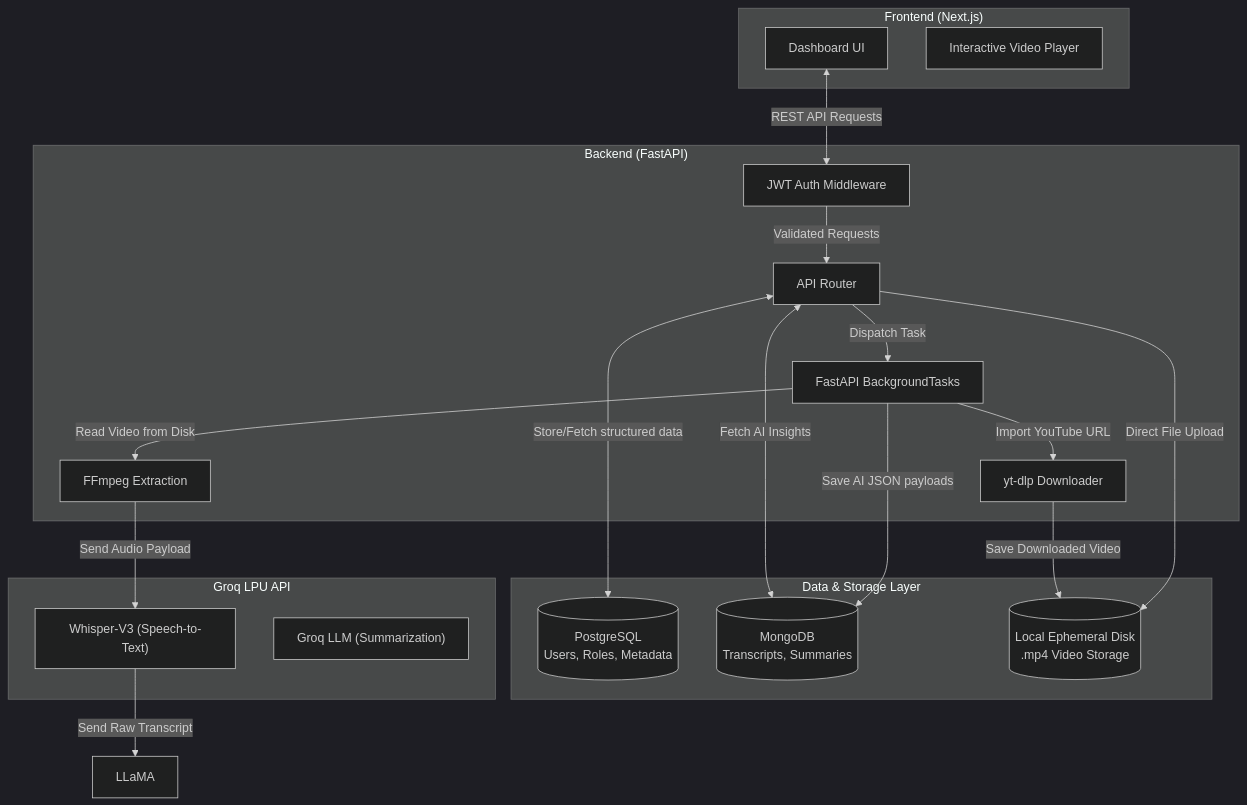
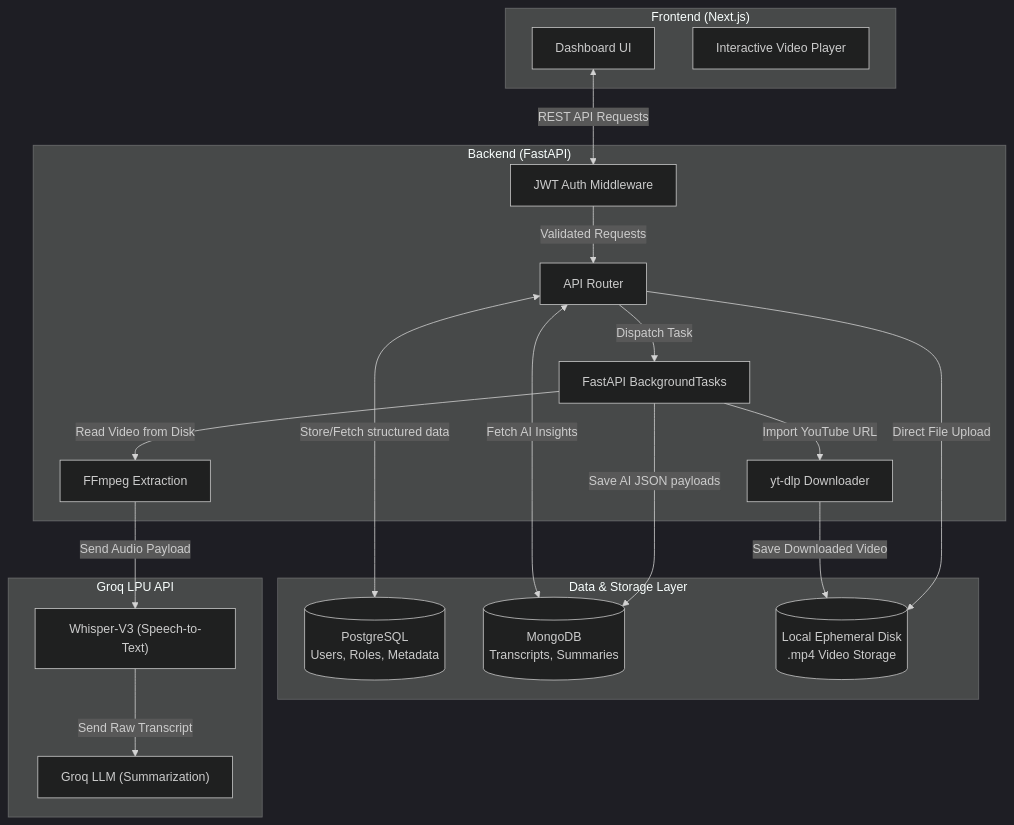
One commit to devanshi14malhotra/ClipMind-AI changed the diagram in README.md. Above: the diagram before and after it, drawn with Mermaid (dark theme).

Commit message:
Fix typo in LLaMA reference in README.md

````diff
--- a/README.md
+++ b/README.md
@@ -33,43 +33,43 @@
 ```mermaid
 graph TD
     subgraph Frontend ["Frontend (Next.js)"]
         UI["Dashboard UI"]
         Player["Interactive Video Player"]
     end
 
     subgraph Backend ["Backend (FastAPI)"]
         Auth["JWT Auth Middleware"]
         API["API Router"]
         Worker["FastAPI BackgroundTasks"]
         Audio["FFmpeg Extraction"]
         YTDLP["yt-dlp Downloader"]
     end
 
     subgraph Databases ["Data & Storage Layer"]
         SQL[("PostgreSQL<br>Users, Roles, Metadata")]
         NoSQL[("MongoDB<br>Transcripts, Summaries")]
         Disk[("Local Ephemeral Disk<br>.mp4 Video Storage")]
     end
 
     subgraph AI ["Groq LPU API"]
         Whisper["Whisper-V3 (Speech-to-Text)"]
-        LLAMA["Groq LLM (Summarization)"]
+        LLaMA["Groq LLM (Summarization)"]
     end
 
     UI <-->|REST API Requests| Auth
     Auth -->|Validated Requests| API
     
     API -->|Direct File Upload| Disk
     API -->|Dispatch Task| Worker
     
     Worker -->|Import YouTube URL| YTDLP
     YTDLP -->|Save Downloaded Video| Disk
     
     Worker -->|Read Video from Disk| Audio
     Audio -->|Send Audio Payload| Whisper
     Whisper -->|Send Raw Transcript| LLaMA
     
     API <-->|Store/Fetch structured data| SQL
     Worker -->|Save AI JSON payloads| NoSQL
     API <-->|Fetch AI Insights| NoSQL
 ```
````
